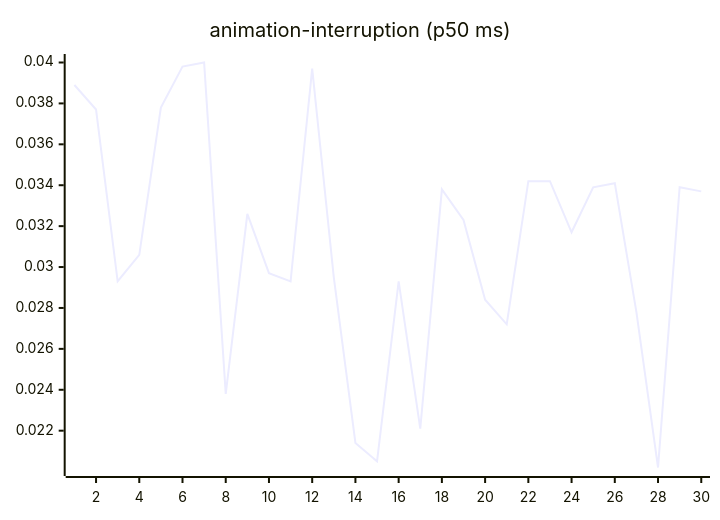
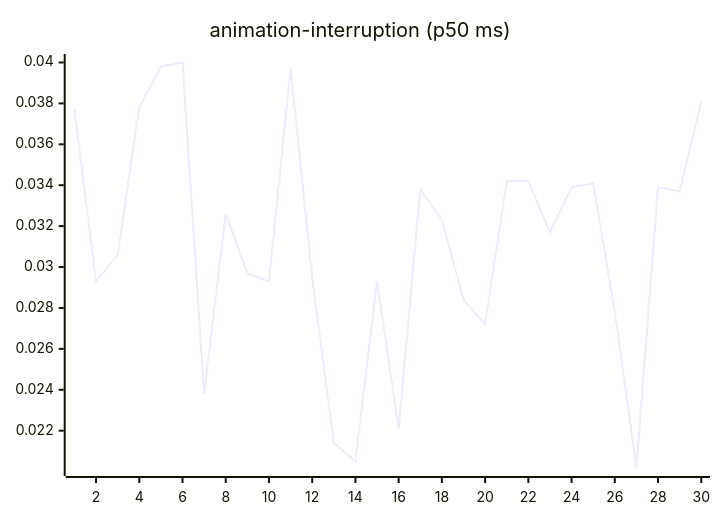
Before and after one commit to josha/Facet: the third of 27 diagrams in README.md, drawn with Mermaid. The commit also changed other lines of this file and 2 other files, not shown here.

````diff
--- a/README.md
+++ b/README.md
@@ -77,6 +77,6 @@
 ```mermaid
 xychart-beta
     title "animation-interruption (p50 ms)"
     x-axis 1 --> 30
-    line [0.0389, 0.0377, 0.0293, 0.0306, 0.0378, 0.0398, 0.0400, 0.0238, 0.0326, 0.0297, 0.0293, 0.0397, 0.0295, 0.0214, 0.0205, 0.0293, 0.0221, 0.0338, 0.0323, 0.0284, 0.0272, 0.0342, 0.0342, 0.0317, 0.0339, 0.0341, 0.0278, 0.0202, 0.0339, 0.0337]
+    line [0.0377, 0.0293, 0.0306, 0.0378, 0.0398, 0.0400, 0.0238, 0.0326, 0.0297, 0.0293, 0.0397, 0.0295, 0.0214, 0.0205, 0.0293, 0.0221, 0.0338, 0.0323, 0.0284, 0.0272, 0.0342, 0.0342, 0.0317, 0.0339, 0.0341, 0.0278, 0.0202, 0.0339, 0.0337, 0.0381]
 ```
````
